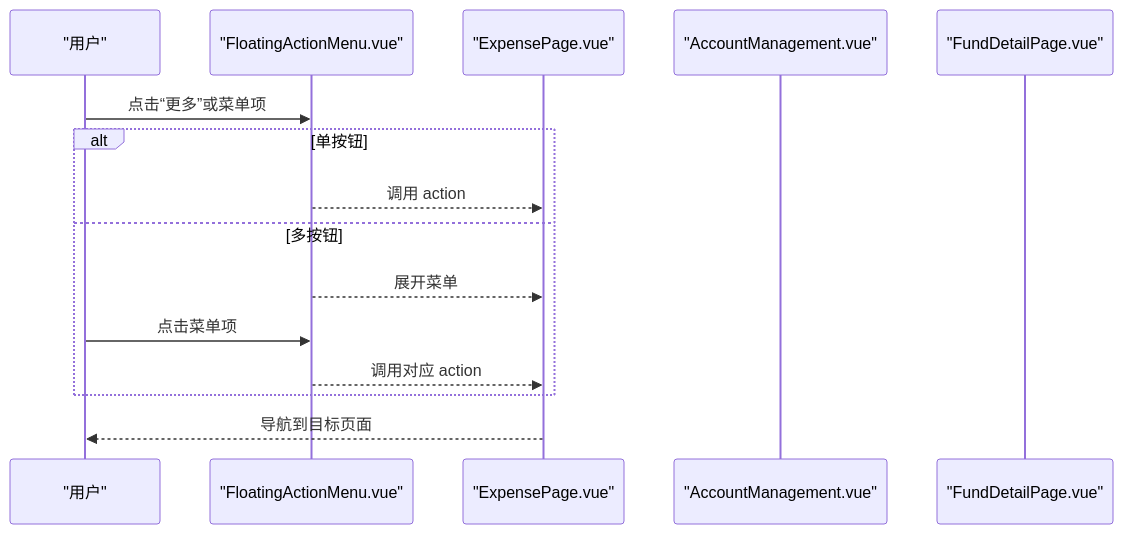
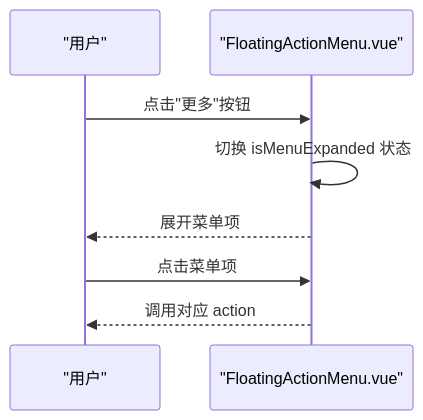
Before and after one commit to xiao-lin-unit/yuan: the fifth of 7 diagrams in .qoder/repowiki/zh/content/UI组件/交互组件.md, drawn with Mermaid. The commit also changed other lines of this file and 9 other files, not shown here.

````diff
--- a/.qoder/repowiki/zh/content/UI组件/交互组件.md
+++ b/.qoder/repowiki/zh/content/UI组件/交互组件.md
@@ -183,17 +226,10 @@
 ```mermaid
 sequenceDiagram
 participant U as "用户"
 participant FAM as "FloatingActionMenu.vue"
-participant EP as "ExpensePage.vue"
-participant AM as "AccountManagement.vue"
-participant FDP as "FundDetailPage.vue"
-U->>FAM : 点击“更多”或菜单项
-alt 单按钮
-FAM-->>EP : 调用 action
-else 多按钮
-FAM-->>EP : 展开菜单
+U->>FAM : 点击"更多"按钮
+FAM->>FAM : 切换 isMenuExpanded 状态
+FAM-->>U : 展开菜单项
 U->>FAM : 点击菜单项
-FAM-->>EP : 调用对应 action
-end
-EP-->>U : 导航到目标页面
+FAM-->>U : 调用对应 action
 ```
````
